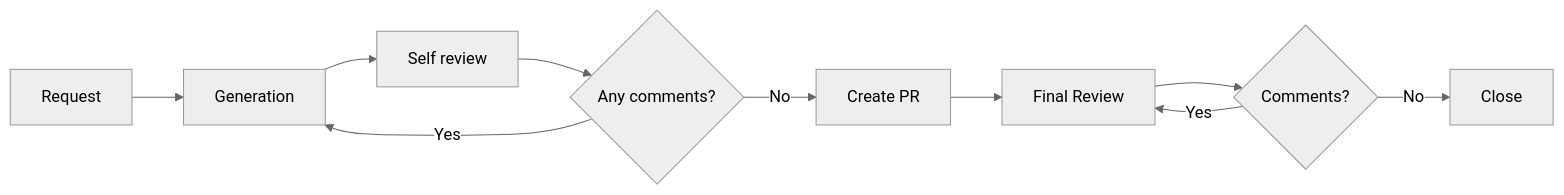
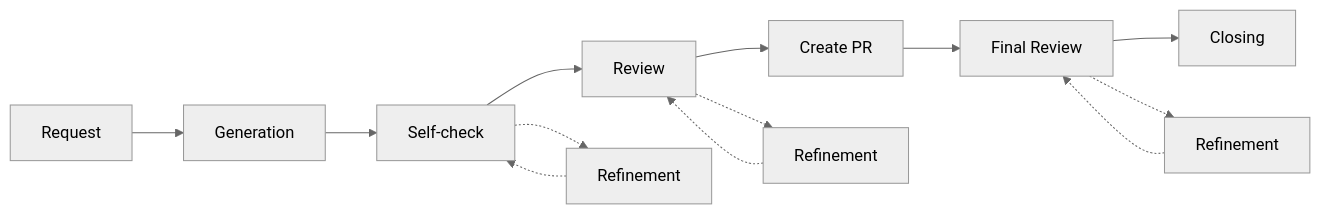
Before and after one commit to prikotov/task-agents-playbook: the first of 3 diagrams in README.en.md, drawn with Mermaid (neutral theme). The commit also changed other lines of this file and 2 other files, not shown here.

Commit message:
docs: update task setting process from blog article — add Review step, detailed mermaid, intro paragraph

````diff
--- a/README.en.md
+++ b/README.en.md
@@ -86,12 +96,19 @@
 ```mermaid
 flowchart LR
-    A[Request] --> B[Generation]
-    B --> C[Self review]
-    C --> D{Any comments?}
-    D -->|Yes| B
-    D -->|No| E[Create PR]
-    E --> F[Final Review]
-    F --> G{Comments?}
-    G -->|Yes| F
-    G -->|No| H[Close]
+    A["Request"] --> B["Generation"]
+    B --> C["Self-check"]
+
+    C --> D["Review"]
+    C -.-> C1["Refinement"]
+    C1 -.-> C
+
+    D --> E["Create PR"]
+    D -.-> D1["Refinement"]
+    D1 -.-> D
+
+    E --> F["Final Review"]
+
+    F --> G["Closing"]
+    F -.-> F1["Refinement"]
+    F1 -.-> F
 ```
````
